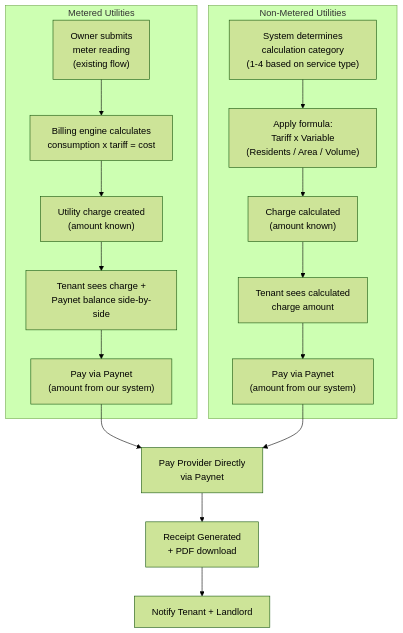
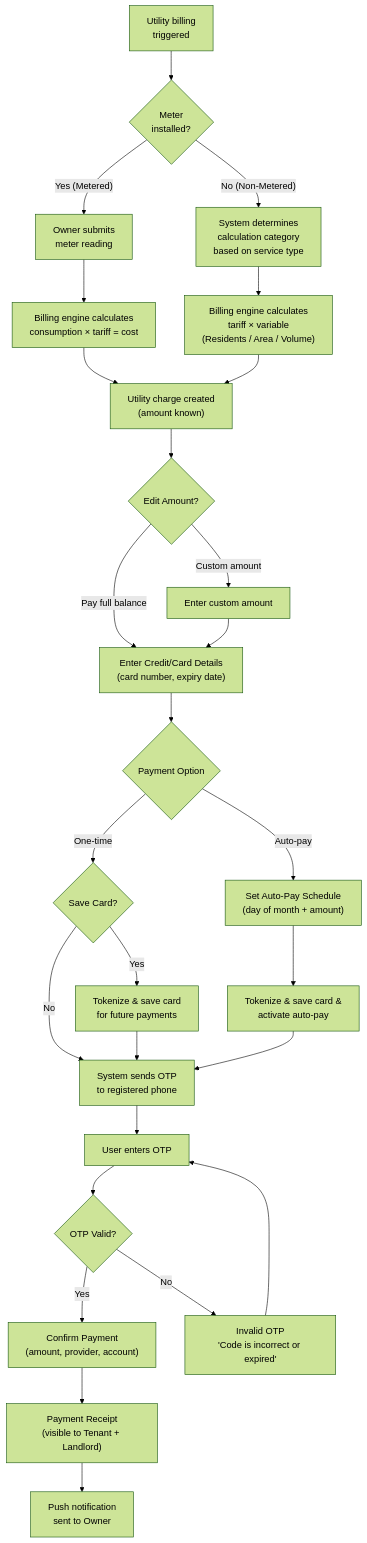
Before and after one commit to saodatm-dev/Utilities---Informational-Architecture: the seventh of 10 diagrams in utilities-payment-userflow.md, drawn with Mermaid (forest theme). The commit also changed other lines of this file and 8 other files, not shown here.

Commit message:
feat: Refine utility payment user flow by making owner-pre-filled account numbers read-only for tenants, streamlining payment options, and removing outdated assets.

````diff
--- a/utilities-payment-userflow.md
+++ b/utilities-payment-userflow.md
@@ -326,23 +208,39 @@
 ```mermaid
 flowchart TD
-    subgraph METERED ["Metered Utilities"]
-        M_READ["Owner submits<br/>meter reading<br/>(existing flow)"] --> M_CALC["Billing engine calculates<br/>consumption x tariff = cost"]
-        M_CALC --> M_CHARGE["Utility charge created<br/>(amount known)"]
-        M_CHARGE --> M_PAY["Tenant sees charge +<br/>Paynet balance side-by-side"]
-        M_PAY --> M_CONFIRM["Pay via Paynet<br/>(amount from our system)"]
-    end
+    START["Utility billing<br/>triggered"] --> CHECK{"Meter<br/>installed?"}
 
-    subgraph NONMETERED ["Non-Metered Utilities"]
-        NM_CAT["System determines<br/>calculation category<br/>(1-4 based on service type)"] --> NM_CALC["Apply formula:<br/>Tariff x Variable<br/>(Residents / Area / Volume)"]
-        NM_CALC --> NM_CHARGE["Charge calculated<br/>(amount known)"]
-        NM_CHARGE --> NM_PAY["Tenant sees calculated<br/>charge amount"]
-        NM_PAY --> NM_CONFIRM["Pay via Paynet<br/>(amount from our system)"]
-    end
+    CHECK -->|"Yes (Metered)"| M_READ["Owner submits<br/>meter reading"]
+    CHECK -->|"No (Non-Metered)"| NM_CAT["System determines<br/>calculation category<br/>based on service type"]
 
-    M_CONFIRM --> PAYNET["Pay Provider Directly<br/>via Paynet"]
-    NM_CONFIRM --> PAYNET
+    M_READ --> M_CALC["Billing engine calculates<br/>consumption × tariff = cost"]
+    NM_CAT --> NM_CALC["Billing engine calculates<br/>tariff × variable<br/>(Residents / Area / Volume)"]
 
-    PAYNET --> RECORD["Receipt Generated<br/>+ PDF download"]
-    RECORD --> NOTIFY["Notify Tenant + Landlord"]
+    M_CALC --> CHARGE["Utility charge created<br/>(amount known)"]
+    NM_CALC --> CHARGE
 
+    CHARGE --> EDIT_AMT{"Edit Amount?"}
+    EDIT_AMT -->|"Pay full balance"| CARD_DETAILS["Enter Credit/Card Details<br/>(card number, expiry date)"]
+    EDIT_AMT -->|"Custom amount"| CUSTOM_AMT["Enter custom amount"] --> CARD_DETAILS
+
+    CARD_DETAILS --> PAY_OPTS{"Payment Option"}
+
+    PAY_OPTS -->|"One-time"| SAVE_CARD{"Save Card?"}
+    SAVE_CARD -->|"Yes"| TOKENIZE["Tokenize & save card<br/>for future payments"]
+    SAVE_CARD -->|"No"| SEND_OTP
+    TOKENIZE --> SEND_OTP
+
+    PAY_OPTS -->|"Auto-pay"| SCHEDULE["Set Auto-Pay Schedule<br/>(day of month + amount)"]
+    SCHEDULE --> AUTO_SAVE["Tokenize & save card &<br/>activate auto-pay"]
+    AUTO_SAVE --> SEND_OTP
+
+    SEND_OTP["System sends OTP<br/>to registered phone"]
+    SEND_OTP --> ENTER_OTP["User enters OTP"]
+    ENTER_OTP --> OTP_CHECK{"OTP Valid?"}
+
+    OTP_CHECK -->|"Yes"| CONFIRM["Confirm Payment<br/>(amount, provider, account)"]
+    OTP_CHECK -->|"No"| OTP_ERROR["Invalid OTP<br/>'Code is incorrect or expired'"]
+    OTP_ERROR --> ENTER_OTP
+
+    CONFIRM --> RECEIPT["Payment Receipt<br/>(visible to Tenant + Landlord)"]
+    RECEIPT --> NOTIFY["Push notification<br/>sent to Owner"]
 ```
````
